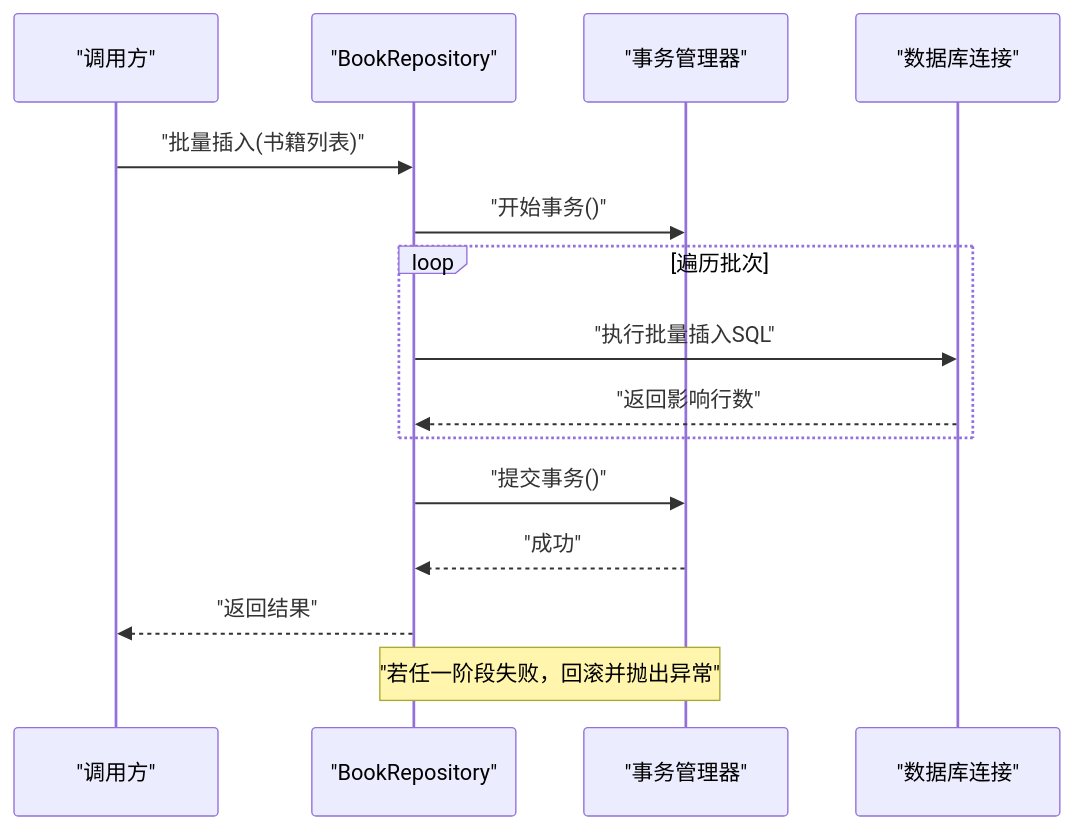
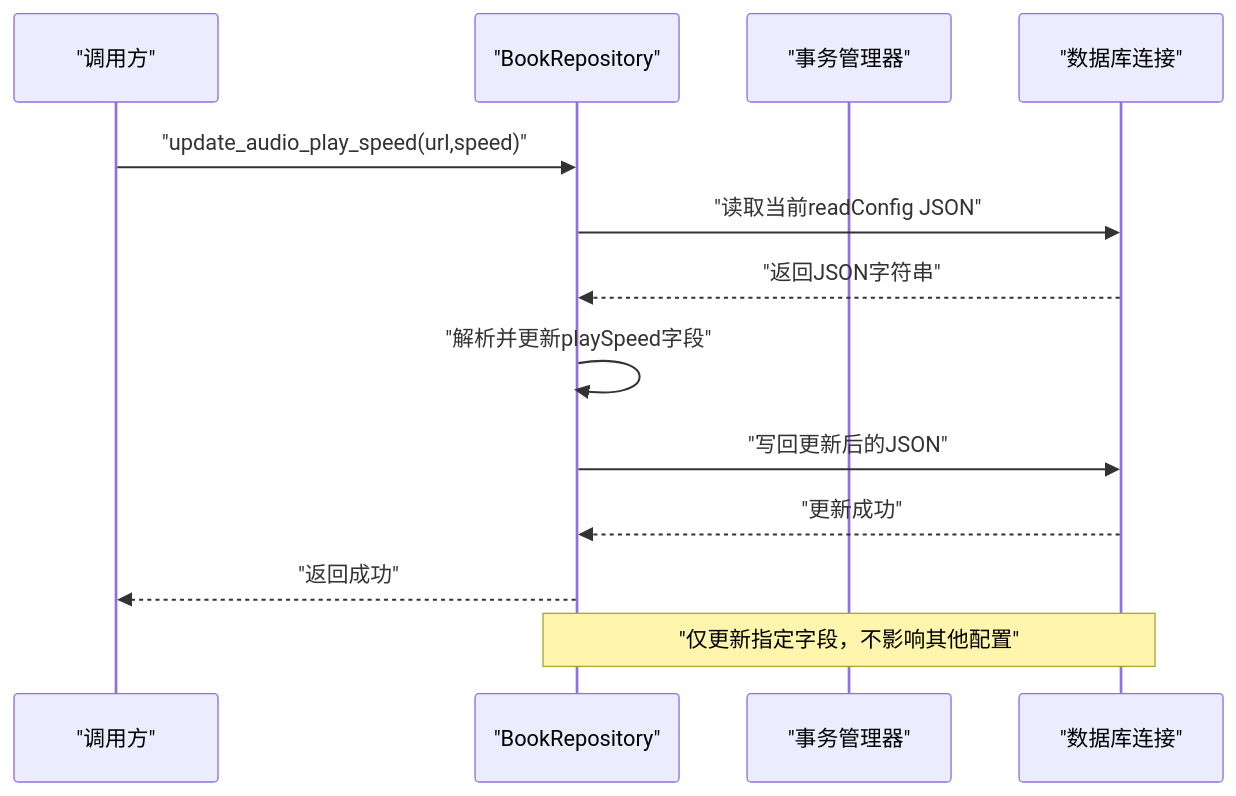
One commit to ZhangGHGitHub/LegadoTeamFlutter changed the third of 7 diagrams in .qoder/repowiki/zh/content/Rust核心库/数据库层/Repository模式实现.md. Above: the diagram before and after it, drawn with Mermaid. The commit also changed other lines of this file and 173 other files, not shown here.

````diff
--- a/.qoder/repowiki/zh/content/Rust核心库/数据库层/Repository模式实现.md
+++ b/.qoder/repowiki/zh/content/Rust核心库/数据库层/Repository模式实现.md
@@ -201,17 +260,15 @@
 ```mermaid
 sequenceDiagram
 participant Caller as "调用方"
 participant Repo as "BookRepository"
 participant Tx as "事务管理器"
 participant DB as "数据库连接"
-Caller->>Repo : "批量插入(书籍列表)"
-Repo->>Tx : "开始事务()"
-loop 遍历批次
-Repo->>DB : "执行批量插入SQL"
-DB-->>Repo : "返回影响行数"
-end
-Repo->>Tx : "提交事务()"
-Tx-->>Repo : "成功"
-Repo-->>Caller : "返回结果"
-Note over Repo,Tx : "若任一阶段失败，回滚并抛出异常"
+Caller->>Repo : "update_audio_play_speed(url,speed)"
+Repo->>DB : "读取当前readConfig JSON"
+DB-->>Repo : "返回JSON字符串"
+Repo->>Repo : "解析并更新playSpeed字段"
+Repo->>DB : "写回更新后的JSON"
+DB-->>Repo : "更新成功"
+Repo-->>Caller : "返回成功"
+Note over Repo,DB : "仅更新指定字段，不影响其他配置"
 ```
````
